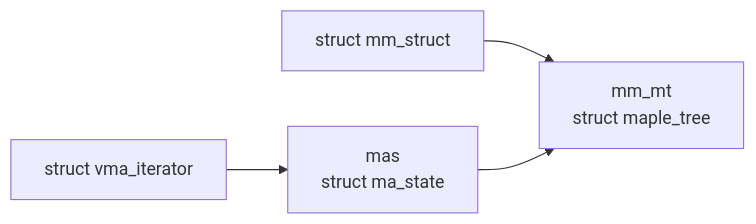
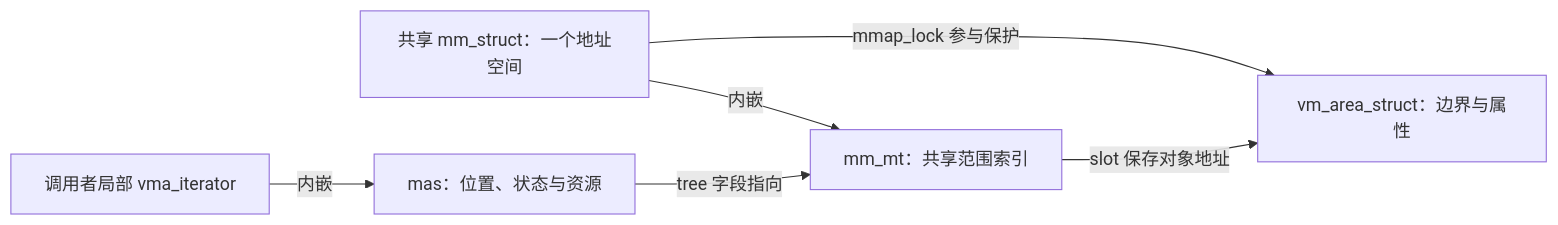
The seventh of 13 diagrams in knowledge/linux/data_structures/红黑树_rb-tree/P15_Linux_6.12_Maple_Tree_源码结构与_API_分层.md (FormingSystem/linux_note), drawn with Mermaid before and after one commit. The commit also changed other lines of this file and 17 other files, not shown here.

````diff
--- a/knowledge/linux/data_structures/红黑树_rb-tree/P15_Linux_6.12_Maple_Tree_源码结构与_API_分层.md
+++ b/knowledge/linux/data_structures/红黑树_rb-tree/P15_Linux_6.12_Maple_Tree_源码结构与_API_分层.md
@@ -592,11 +538,8 @@
 ```mermaid
 flowchart LR
-    MM["struct mm_struct"]
-    MT["mm_mt<br/>struct maple_tree"]
-    VMI["struct vma_iterator"]
-    MAS["mas<br/>struct ma_state"]
-
-    MM --> MT
-    VMI --> MAS
-    MAS --> MT
+    MM["共享 mm_struct：一个地址空间"] -->|内嵌| MT["mm_mt：共享范围索引"]
+    VMI["调用者局部 vma_iterator"] -->|内嵌| MAS["mas：位置、状态与资源"]
+    MAS -->|tree 字段指向| MT
+    MT -->|slot 保存对象地址| VMA["vm_area_struct：边界与属性"]
+    MM -->|mmap_lock 参与保护| VMA
 ```
````
